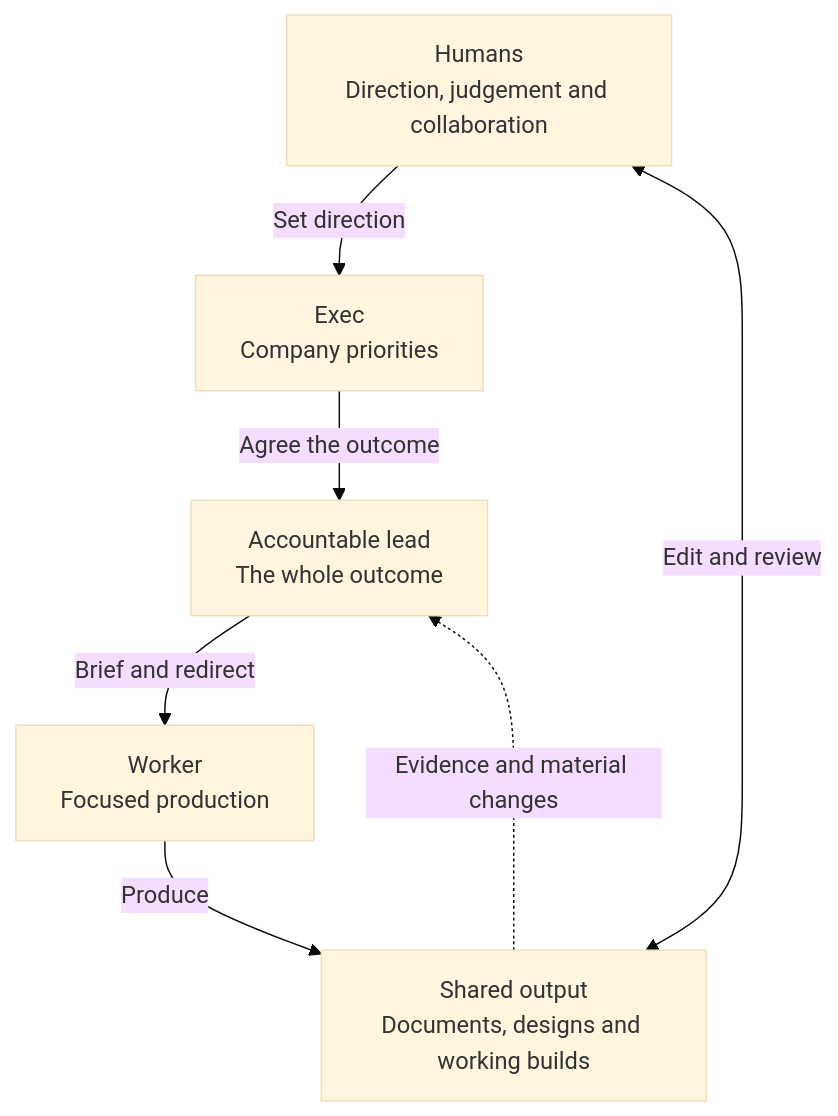
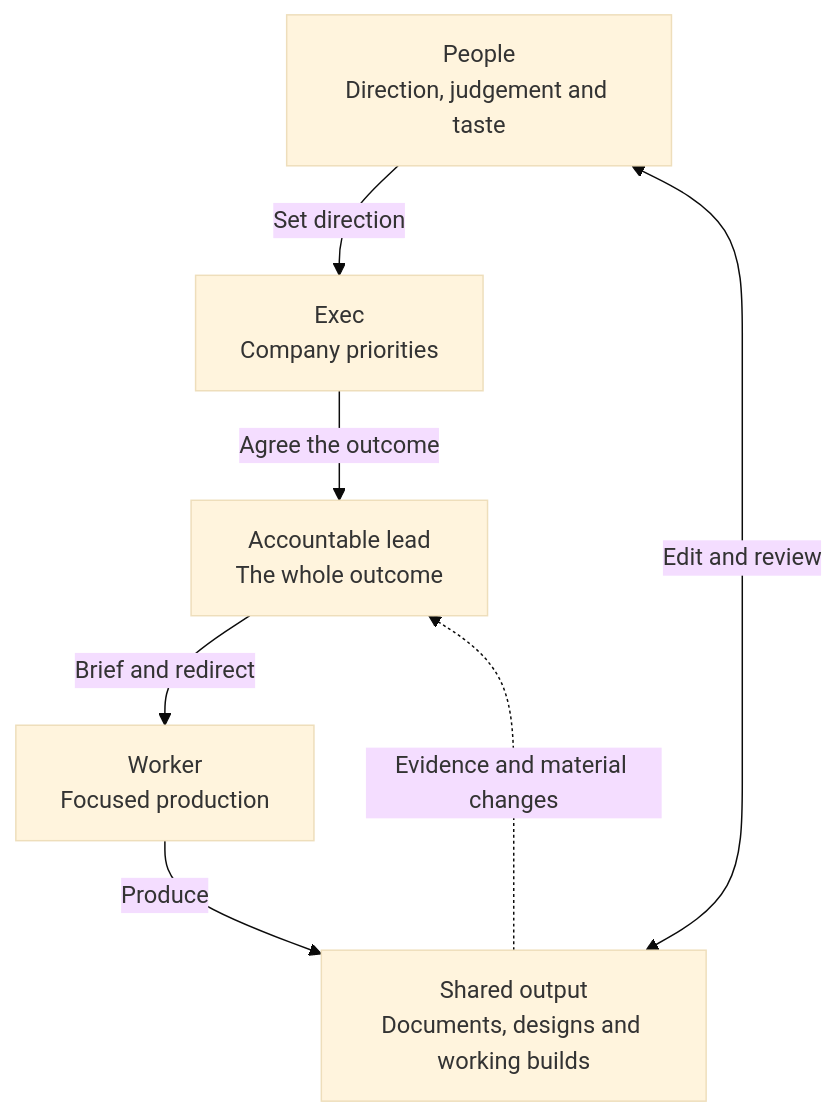
Before and after one commit to BlueprintLabIO/restless-core: the diagram in README.md, drawn with Mermaid (base theme). The commit also changed other lines of this file, not shown here.

````diff
--- a/README.md
+++ b/README.md
@@ -127,15 +96,15 @@
 ```mermaid
 flowchart TB
-    humans["Humans<br/>Direction, judgement and collaboration"]
+    humans["People<br/>Direction, judgement and taste"]
     exec["Exec<br/>Company priorities"]
     lead["Accountable lead<br/>The whole outcome"]
     worker["Worker<br/>Focused production"]
     output["Shared output<br/>Documents, designs and working builds"]
 
     humans -->|Set direction| exec
     exec -->|Agree the outcome| lead
     lead -->|Brief and redirect| worker
     worker -->|Produce| output
     humans <-->|Edit and review| output
     output -.->|Evidence and material changes| lead
 ```
````
